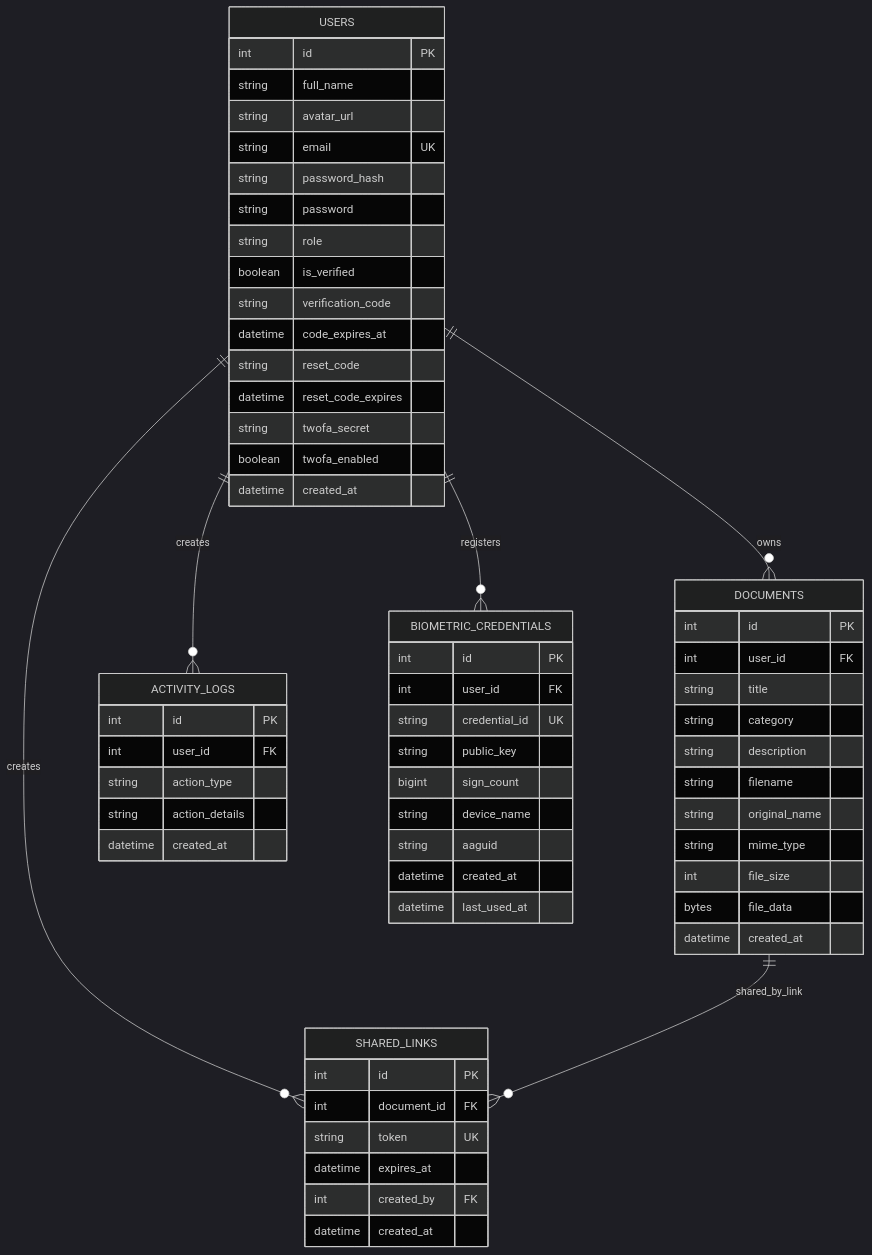
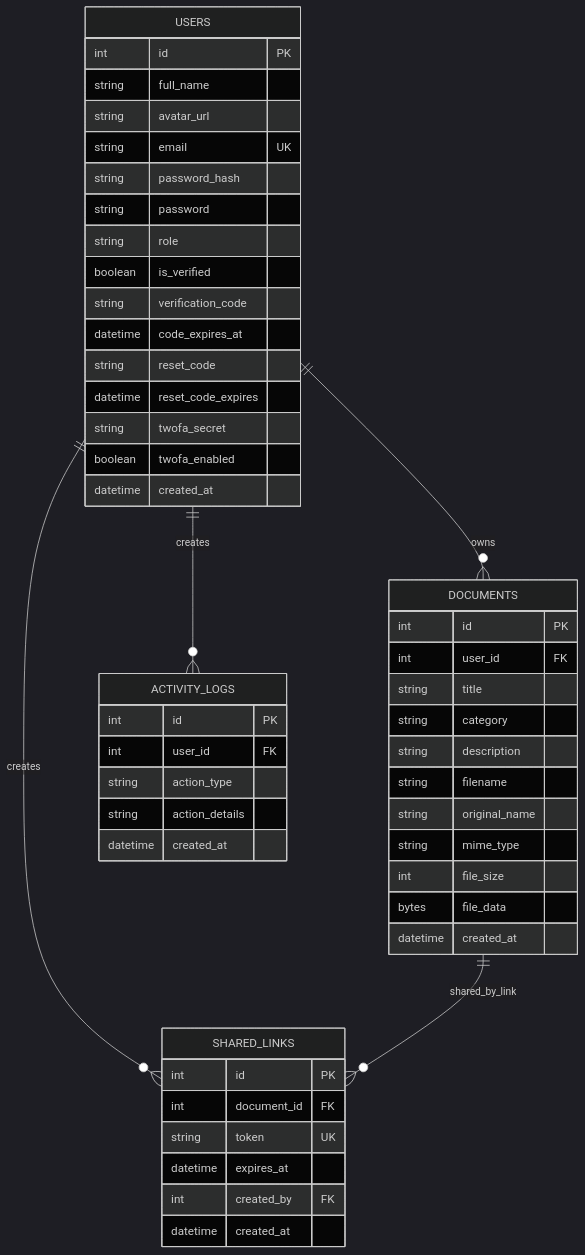
Before and after one commit to zhanagul21/secure-web-app: the diagram in docs/ERD.md, drawn with Mermaid (dark theme). The commit also changed other lines of this file and 13 other files, not shown here.

````diff
--- a/docs/ERD.md
+++ b/docs/ERD.md
@@ -25,69 +23,57 @@
 ```mermaid
 erDiagram
     USERS ||--o{ DOCUMENTS : owns
     USERS ||--o{ ACTIVITY_LOGS : creates
     USERS ||--o{ SHARED_LINKS : creates
-    USERS ||--o{ BIOMETRIC_CREDENTIALS : registers
     DOCUMENTS ||--o{ SHARED_LINKS : shared_by_link
 
     USERS {
         int id PK
         string full_name
         string avatar_url
         string email UK
         string password_hash
         string password
         string role
         boolean is_verified
         string verification_code
         datetime code_expires_at
         string reset_code
         datetime reset_code_expires
         string twofa_secret
         boolean twofa_enabled
         datetime created_at
     }
 
     DOCUMENTS {
         int id PK
         int user_id FK
         string title
         string category
         string description
         string filename
         string original_name
         string mime_type
         int file_size
         bytes file_data
         datetime created_at
     }
 
     SHARED_LINKS {
         int id PK
         int document_id FK
         string token UK
         datetime expires_at
         int created_by FK
         datetime created_at
     }
 
     ACTIVITY_LOGS {
         int id PK
         int user_id FK
         string action_type
         string action_details
         datetime created_at
     }
 
-    BIOMETRIC_CREDENTIALS {
-        int id PK
-        int user_id FK
-        string credential_id UK
-        string public_key
-        bigint sign_count
-        string device_name
-        string aaguid
-        datetime created_at
-        datetime last_used_at
-    }
 ```
````
